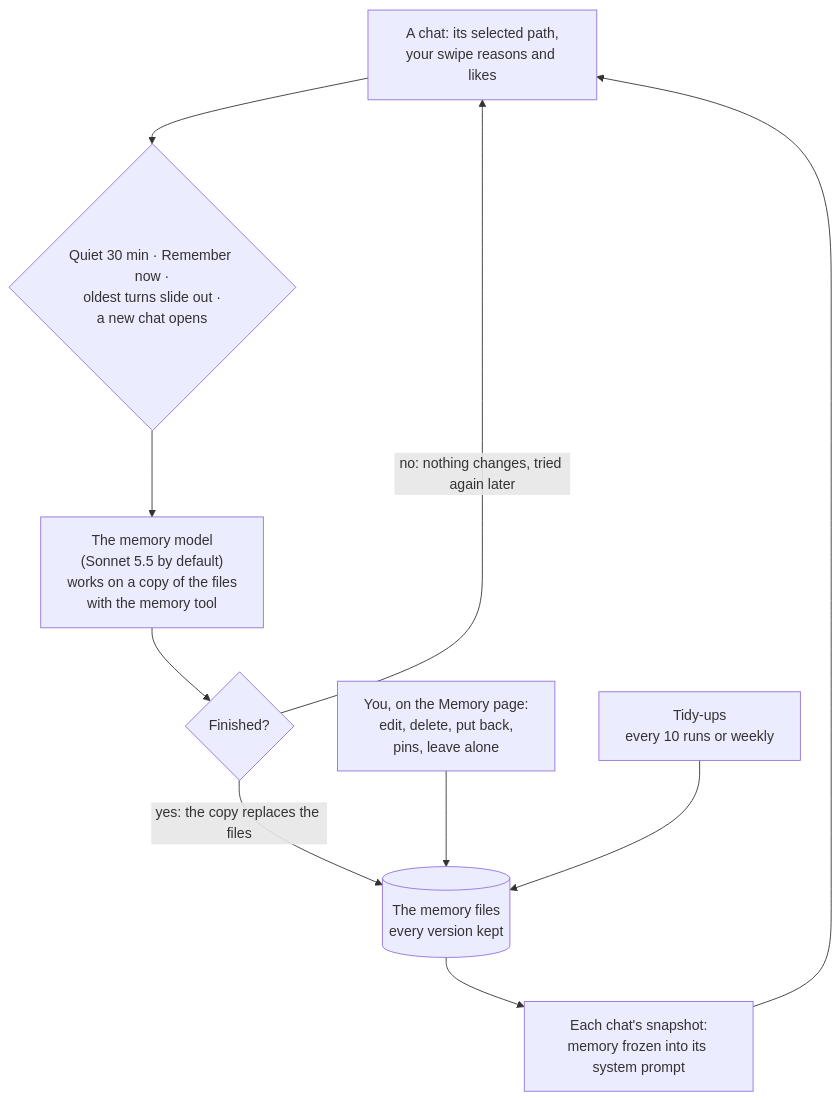
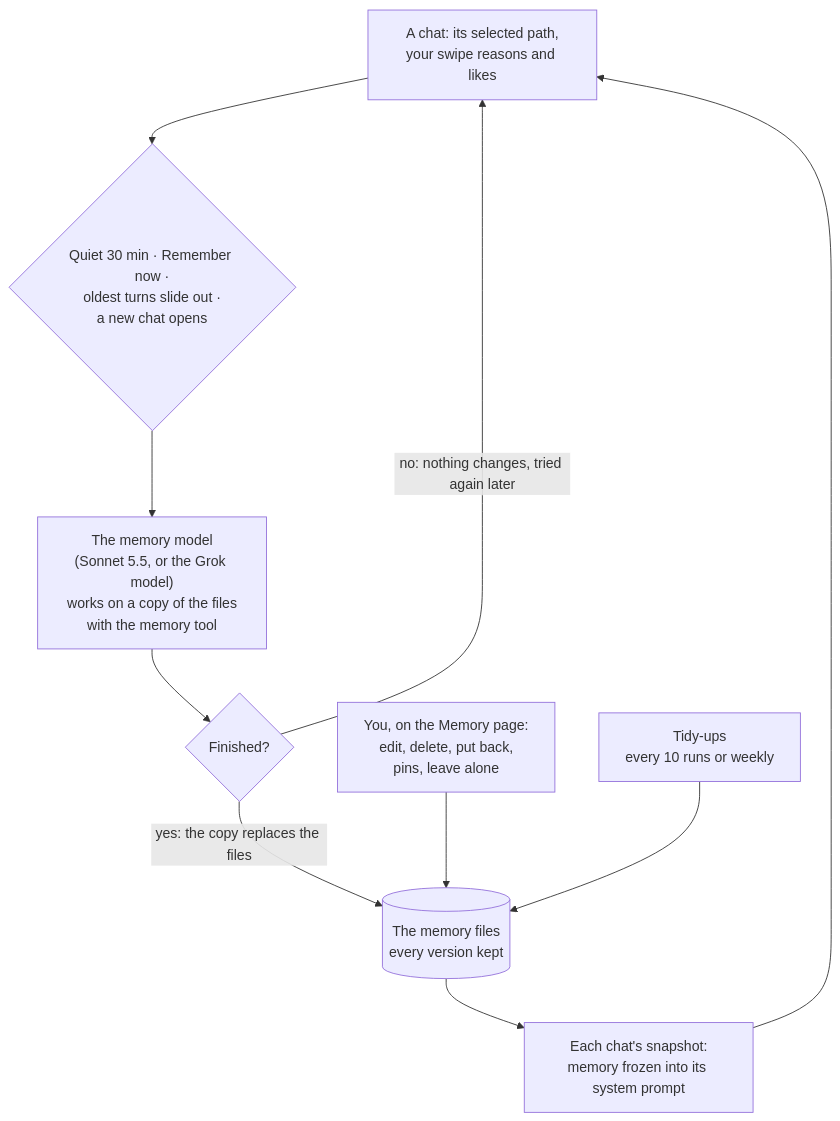
The diagram in valhalla2/docs/memory.md (diogo431107a-dev/axis-suite), drawn with Mermaid before and after one commit. The commit also changed other lines of this file and 38 other files, not shown here.

First line of the commit message:
Valhalla 2: memory for Grok companions, kept by Grok

````diff
--- a/valhalla2/docs/memory.md
+++ b/valhalla2/docs/memory.md
@@ -13,18 +15,18 @@
 ```mermaid
 flowchart TD
     chat["A chat: its selected path,<br/>your swipe reasons and likes"]
     when{"Quiet 30 min · Remember now ·<br/>oldest turns slide out ·<br/>a new chat opens"}
-    run["The memory model<br/>(Sonnet 5.5 by default)<br/>works on a copy of the files<br/>with the memory tool"]
+    run["The memory model<br/>(Sonnet 5.5, or the Grok model)<br/>works on a copy of the files<br/>with the memory tool"]
     keep{"Finished?"}
     files[("The memory files<br/>every version kept")]
     snap["Each chat's snapshot:<br/>memory frozen into its system prompt"]
     you["You, on the Memory page:<br/>edit, delete, put back,<br/>pins, leave alone"]
     tidy["Tidy-ups<br/>every 10 runs or weekly"]
 
     chat --> when --> run --> keep
     keep -- "yes: the copy replaces the files" --> files
     keep -- "no: nothing changes, tried again later" --> chat
     files --> snap --> chat
     you --> files
     tidy --> files
 ```
````
